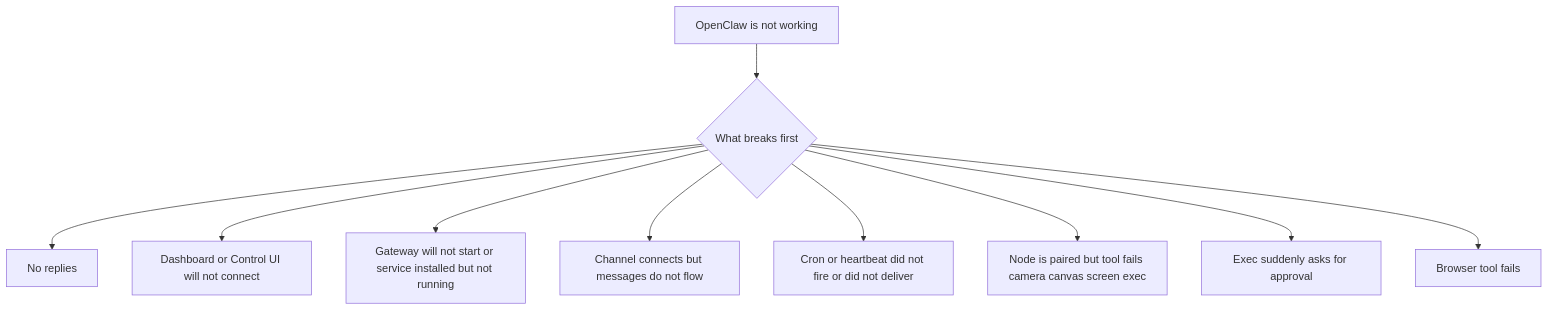
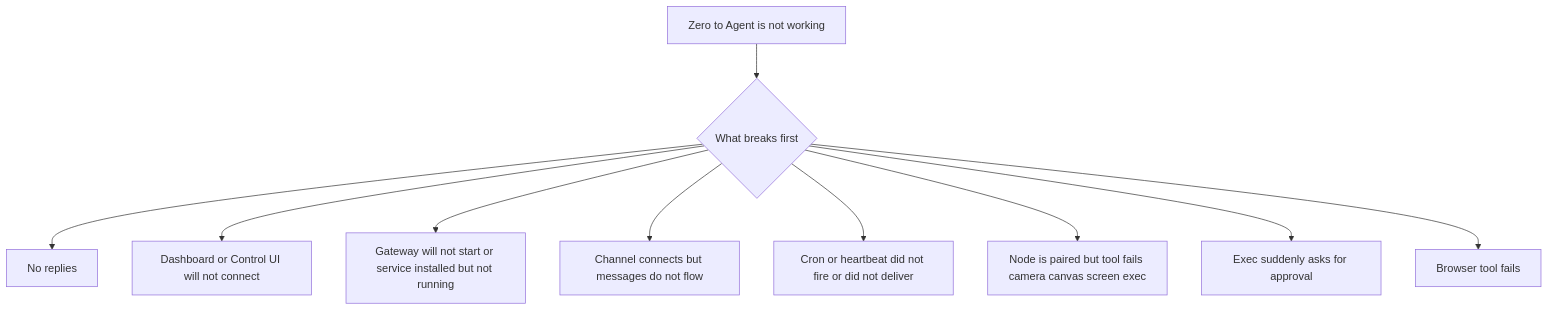
The diagram in docs/help/troubleshooting.md (celaya-solutions/CSR-AGENT), drawn with Mermaid before and after one commit. The commit also changed other lines of this file and 3128 other files, not shown here.

````diff
--- a/docs/help/troubleshooting.md
+++ b/docs/help/troubleshooting.md
@@ -186,12 +186,12 @@
 ```mermaid
 flowchart TD
-  A[OpenClaw is not working] --> B{What breaks first}
+  A[Zero to Agent is not working] --> B{What breaks first}
   B --> C[No replies]
   B --> D[Dashboard or Control UI will not connect]
   B --> E[Gateway will not start or service installed but not running]
   B --> F[Channel connects but messages do not flow]
   B --> G[Cron or heartbeat did not fire or did not deliver]
   B --> H[Node is paired but tool fails camera canvas screen exec]
   B --> I[Exec suddenly asks for approval]
   B --> J[Browser tool fails]
 ```
````
